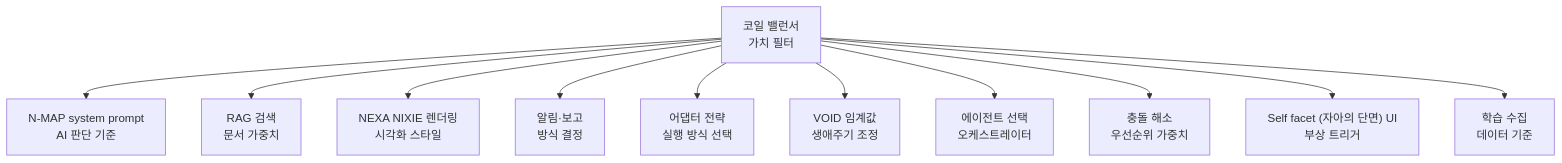
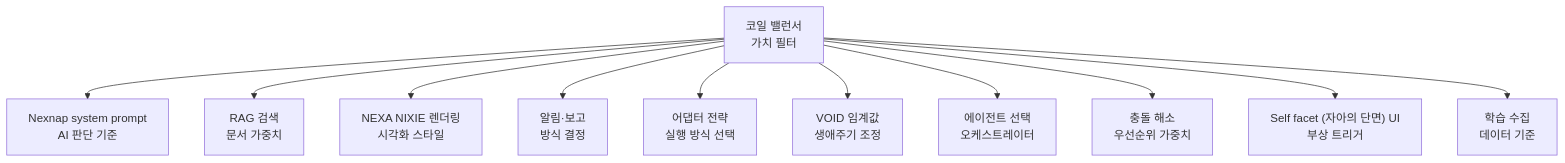
Before and after one commit to U2SOUTION/NEXA: the diagram in NEXA-Platform/docs/AI/NEXA AIS 코일 밸런스 및 운영 규범(GOVERN) 정의서 V2.md, drawn with Mermaid. The commit also changed other lines of this file and 76 other files, not shown here.

````diff
--- a/NEXA-Platform/docs/AI/NEXA AIS 코일 밸런스 및 운영 규범(GOVERN) 정의서 V2.md
+++ b/NEXA-Platform/docs/AI/NEXA AIS 코일 밸런스 및 운영 규범(GOVERN) 정의서 V2.md
@@ -282,15 +282,15 @@
 ```mermaid
 flowchart TD
     coil["코일 밸런서\n가치 필터"]
 
-    coil --> a["N-MAP system prompt\nAI 판단 기준"]
+    coil --> a["Nexnap system prompt\nAI 판단 기준"]
     coil --> b["RAG 검색\n문서 가중치"]
     coil --> c["NEXA NIXIE 렌더링\n시각화 스타일"]
     coil --> d["알림·보고\n방식 결정"]
     coil --> e["어댑터 전략\n실행 방식 선택"]
     coil --> f["VOID 임계값\n생애주기 조정"]
     coil --> g["에이전트 선택\n오케스트레이터"]
     coil --> h["충돌 해소\n우선순위 가중치"]
     coil --> i["Self facet (자아의 단면) UI\n부상 트리거"]
     coil --> j["학습 수집\n데이터 기준"]
 ```
````
